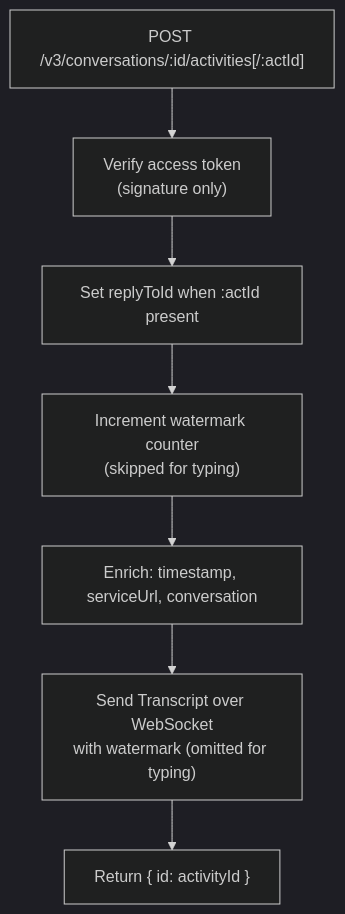
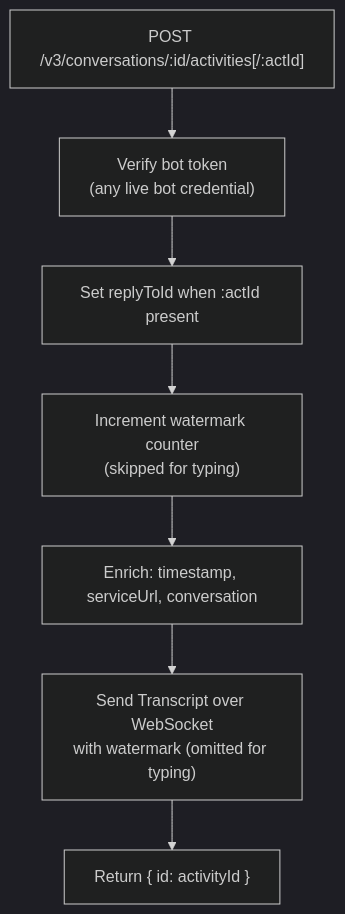
Before and after one commit to Helvia/open-bot-framework: the third of 3 diagrams in docs/architecture.md, drawn with Mermaid (dark theme). The commit also changed other lines of this file and 5 other files, not shown here.

````diff
--- a/docs/architecture.md
+++ b/docs/architecture.md
@@ -101,9 +101,9 @@
 ```mermaid
 flowchart TD
-    A["POST /v3/conversations/:id/activities[/:actId]"] --> B["Verify access token<br/>(signature only)"]
+    A["POST /v3/conversations/:id/activities[/:actId]"] --> B["Verify bot token<br/>(any live bot credential)"]
     B --> C["Set replyToId when :actId present"]
     C --> D["Increment watermark counter<br/>(skipped for typing)"]
     D --> E["Enrich: timestamp, serviceUrl, conversation"]
     E --> F["Send Transcript over WebSocket<br/>with watermark (omitted for typing)"]
     F --> G["Return { id: activityId }"]
 ```
````
